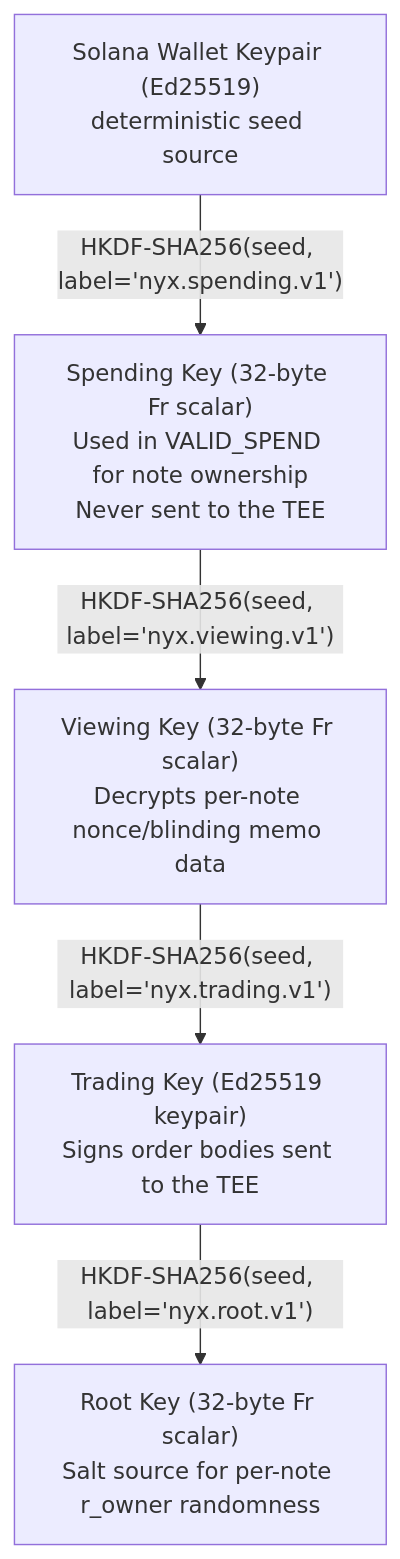
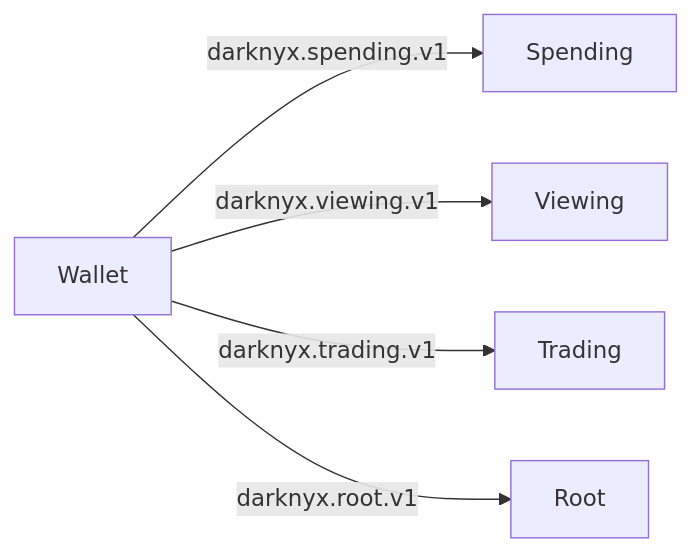
Before and after one commit to adityamane765/v2: the diagram in docs/site/05-cryptography.md, drawn with Mermaid. The commit also changed other lines of this file and 20 other files, not shown here.

````diff
--- a/docs/site/05-cryptography.md
+++ b/docs/site/05-cryptography.md
@@ -35,13 +35,13 @@
 ```mermaid
-flowchart TB
-  WALLET["Solana Wallet Keypair (Ed25519)<br/>deterministic seed source"]
-  SPEND["Spending Key (32-byte Fr scalar)<br/>Used in VALID_SPEND for note ownership<br/>Never sent to the TEE"]
-  VIEW["Viewing Key (32-byte Fr scalar)<br/>Decrypts per-note nonce/blinding memo data"]
-  TRADE["Trading Key (Ed25519 keypair)<br/>Signs order bodies sent to the TEE"]
-  ROOT["Root Key (32-byte Fr scalar)<br/>Salt source for per-note r_owner randomness"]
+flowchart LR
+  WALLET["Wallet"]
+  SPEND["Spending"]
+  VIEW["Viewing"]
+  TRADE["Trading"]
+  ROOT["Root"]
 
-  WALLET -->|"HKDF-SHA256(seed, label='nyx.spending.v1')"| SPEND
-  SPEND -->|"HKDF-SHA256(seed, label='nyx.viewing.v1')"| VIEW
-  VIEW -->|"HKDF-SHA256(seed, label='nyx.trading.v1')"| TRADE
-  TRADE -->|"HKDF-SHA256(seed, label='nyx.root.v1')"| ROOT
+  WALLET -->|"darknyx.spending.v1"| SPEND
+  WALLET -->|"darknyx.viewing.v1"| VIEW
+  WALLET -->|"darknyx.trading.v1"| TRADE
+  WALLET -->|"darknyx.root.v1"| ROOT
 ```
````
